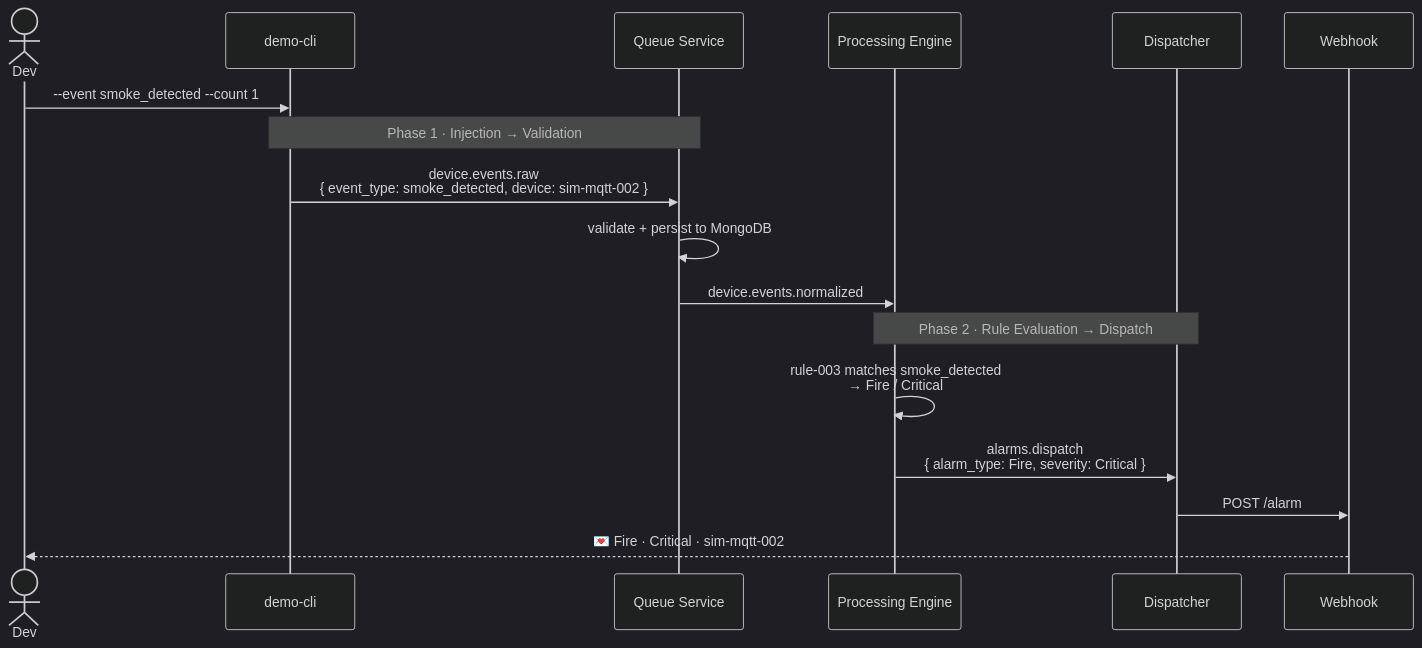
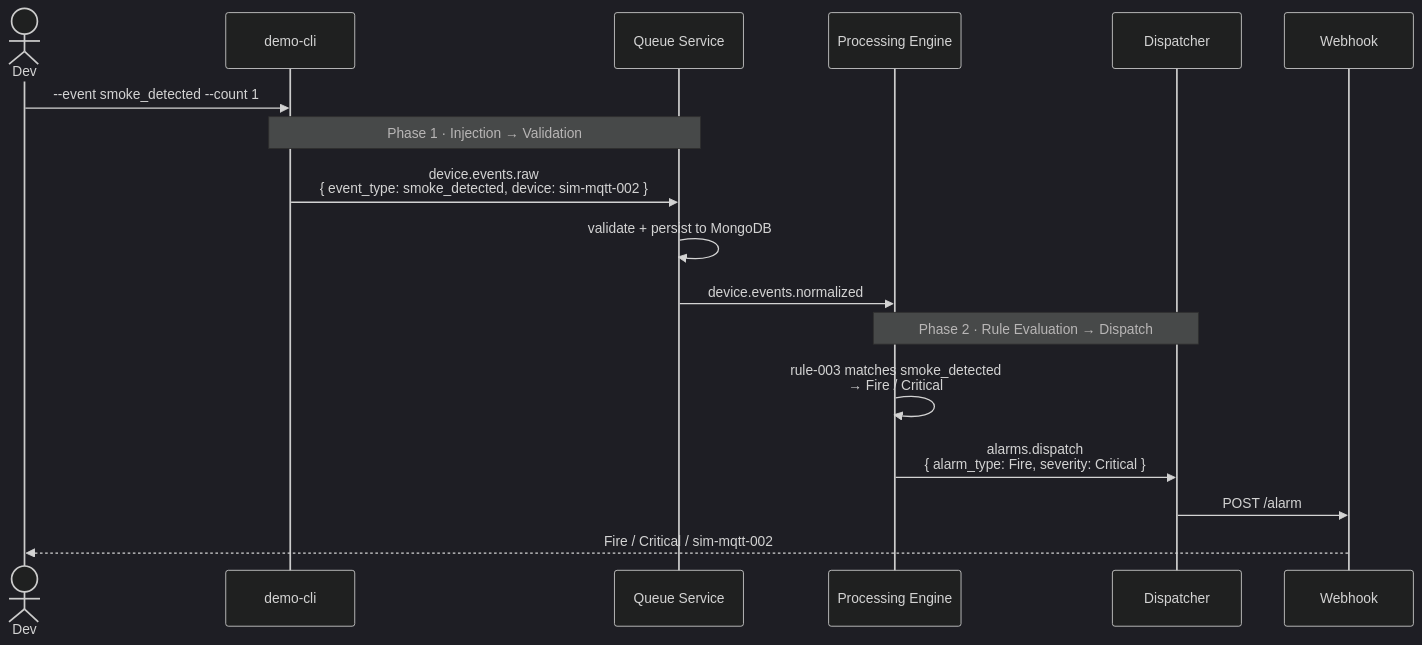
Before and after one commit to arosenfeld2003/qwasar-nervous-system: the second of 2 diagrams in docs/flow.md, drawn with Mermaid (dark theme). The commit also changed other lines of this file, not shown here.

Commit message:
Remove emojis from Mermaid diagrams — render as question marks in Zed

````diff
--- a/docs/flow.md
+++ b/docs/flow.md
@@ -38,24 +38,24 @@
 ```mermaid
 sequenceDiagram
     actor Dev
     participant CLI as demo-cli
     participant Q as Queue Service
     participant PE as Processing Engine
     participant D as Dispatcher
     participant WH as Webhook
 
     Dev->>CLI: --event smoke_detected --count 1
 
     Note over CLI,Q: Phase 1 · Injection → Validation
 
     CLI->>Q: device.events.raw<br/>{ event_type: smoke_detected, device: sim-mqtt-002 }
     Q->>Q: validate + persist to MongoDB
     Q->>PE: device.events.normalized
 
     Note over PE,D: Phase 2 · Rule Evaluation → Dispatch
 
     PE->>PE: rule-003 matches smoke_detected<br/>→ Fire / Critical
     PE->>D: alarms.dispatch<br/>{ alarm_type: Fire, severity: Critical }
     D->>WH: POST /alarm
-    WH-->>Dev: 💌 Fire · Critical · sim-mqtt-002
+    WH-->>Dev: Fire / Critical / sim-mqtt-002
 ```
````
